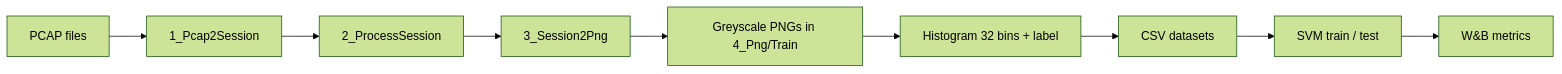
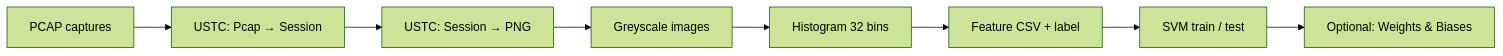
Before and after one commit to kimeeadnan/Network-Traffic-Classification: the diagram in PROJECT_JOURNEY.md, drawn with Mermaid (forest theme). The commit also changed other lines of this file, not shown here.

First line of the commit message:
Expand PROJECT_JOURNEY.md: Use Case 1 narrative, full process, fixes, results

````diff
--- a/PROJECT_JOURNEY.md
+++ b/PROJECT_JOURNEY.md
@@ -23,11 +257,10 @@
 ```mermaid
 flowchart LR
-  PCAP[PCAP files] --> S1[1_Pcap2Session]
-  S1 --> S2[2_ProcessSession]
-  S2 --> PNG[3_Session2Png]
-  PNG --> IMG[Greyscale PNGs in 4_Png/Train]
-  IMG --> HIST[Histogram 32 bins + label]
-  HIST --> CSV[CSV datasets]
+  PCAP[PCAP captures] --> A[USTC: Pcap → Session]
+  A --> B[USTC: Session → PNG]
+  B --> PNG[Greyscale images]
+  PNG --> H[Histogram 32 bins]
+  H --> CSV[Feature CSV + label]
   CSV --> SVM[SVM train / test]
-  SVM --> WB[W&B metrics]
+  SVM --> WB[Optional: Weights & Biases]
 ```
````
